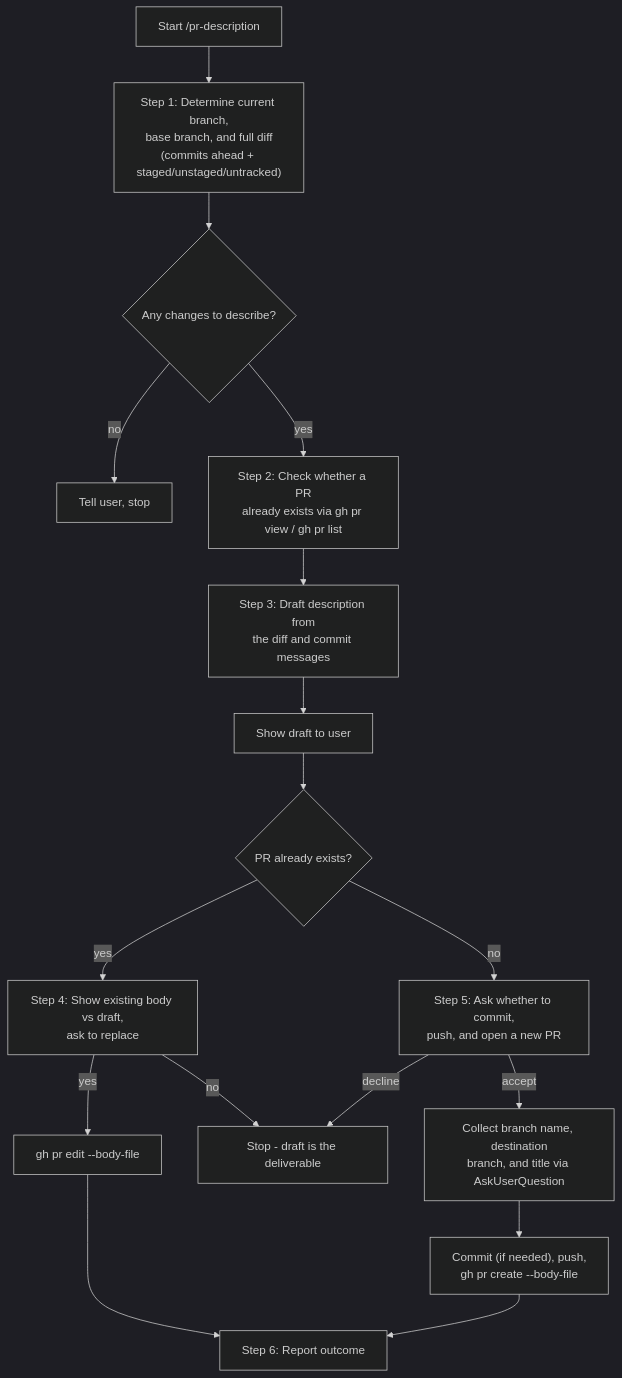
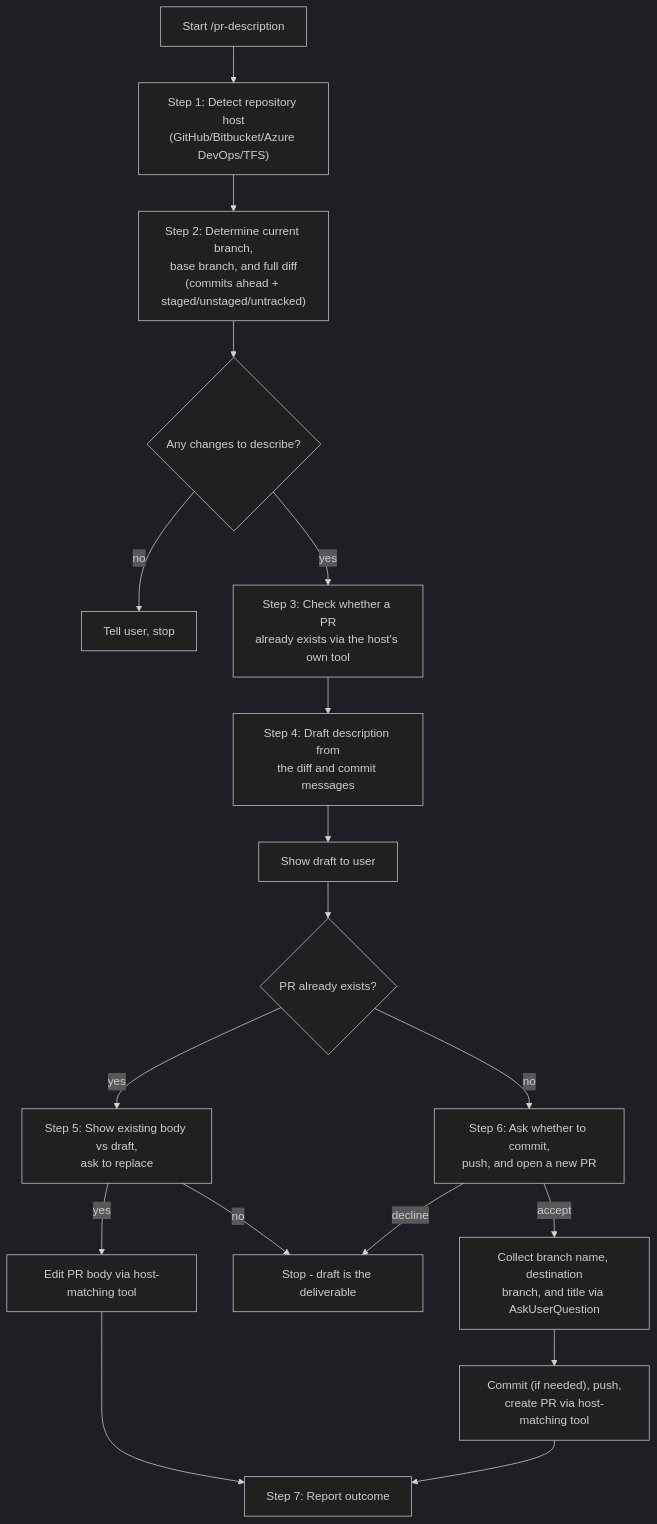
Before and after one commit to albertoirurueta/ai-catalog: the diagram in docs/modules/ROOT/pages/skills/pr-description.adoc, drawn with Mermaid (dark theme). The commit also changed other lines of this file and 23 other files, not shown here.

```diff
--- a/docs/modules/ROOT/pages/skills/pr-description.adoc
+++ b/docs/modules/ROOT/pages/skills/pr-description.adoc
@@ -58,20 +63,21 @@
 [mermaid]
 ....
 flowchart TD
-    A[Start /pr-description] --> B["Step 1: Determine current branch,\nbase branch, and full diff\n(commits ahead + staged/unstaged/untracked)"]
-    B --> C{Any changes to describe?}
-    C -- no --> Z[Tell user, stop]
-    C -- yes --> D["Step 2: Check whether a PR\nalready exists via gh pr view / gh pr list"]
-    D --> E["Step 3: Draft description from\nthe diff and commit messages"]
-    E --> F[Show draft to user]
-    F --> G{PR already exists?}
-    G -- yes --> H["Step 4: Show existing body vs draft,\nask to replace"]
-    H -- yes --> I["gh pr edit --body-file"]
-    H -- no --> Y[Stop - draft is the deliverable]
-    G -- no --> J["Step 5: Ask whether to commit,\npush, and open a new PR"]
-    J -- decline --> Y
-    J -- accept --> K["Collect branch name, destination\nbranch, and title via AskUserQuestion"]
-    K --> L["Commit (if needed), push,\ngh pr create --body-file"]
-    I --> M["Step 6: Report outcome"]
-    L --> M
+    A[Start /pr-description] --> B["Step 1: Detect repository host\n(GitHub/Bitbucket/Azure DevOps/TFS)"]
+    B --> C["Step 2: Determine current branch,\nbase branch, and full diff\n(commits ahead + staged/unstaged/untracked)"]
+    C --> D{Any changes to describe?}
+    D -- no --> Z[Tell user, stop]
+    D -- yes --> E["Step 3: Check whether a PR\nalready exists via the host's own tool"]
+    E --> F["Step 4: Draft description from\nthe diff and commit messages"]
+    F --> G[Show draft to user]
+    G --> H{PR already exists?}
+    H -- yes --> I["Step 5: Show existing body vs draft,\nask to replace"]
+    I -- yes --> J["Edit PR body via host-matching tool"]
+    I -- no --> Y[Stop - draft is the deliverable]
+    H -- no --> K["Step 6: Ask whether to commit,\npush, and open a new PR"]
+    K -- decline --> Y
+    K -- accept --> L["Collect branch name, destination\nbranch, and title via AskUserQuestion"]
+    L --> M["Commit (if needed), push,\ncreate PR via host-matching tool"]
+    J --> N["Step 7: Report outcome"]
+    M --> N
 ....
```
